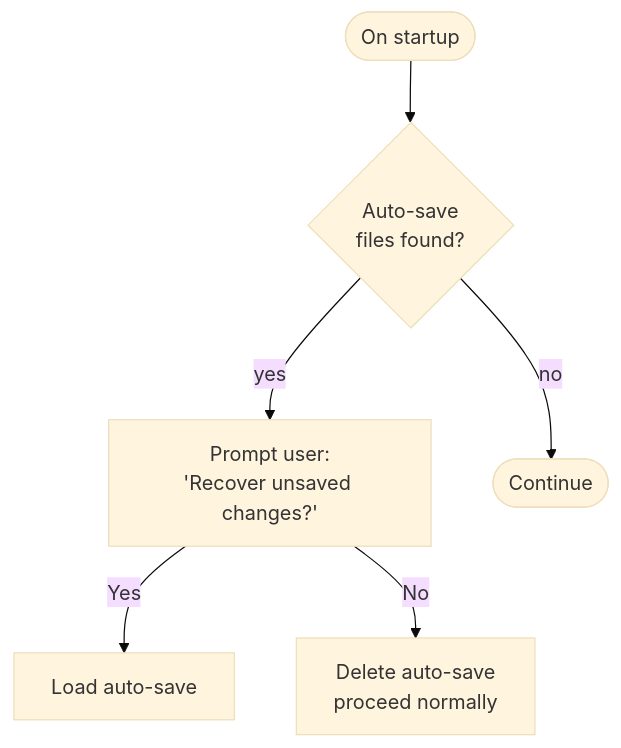
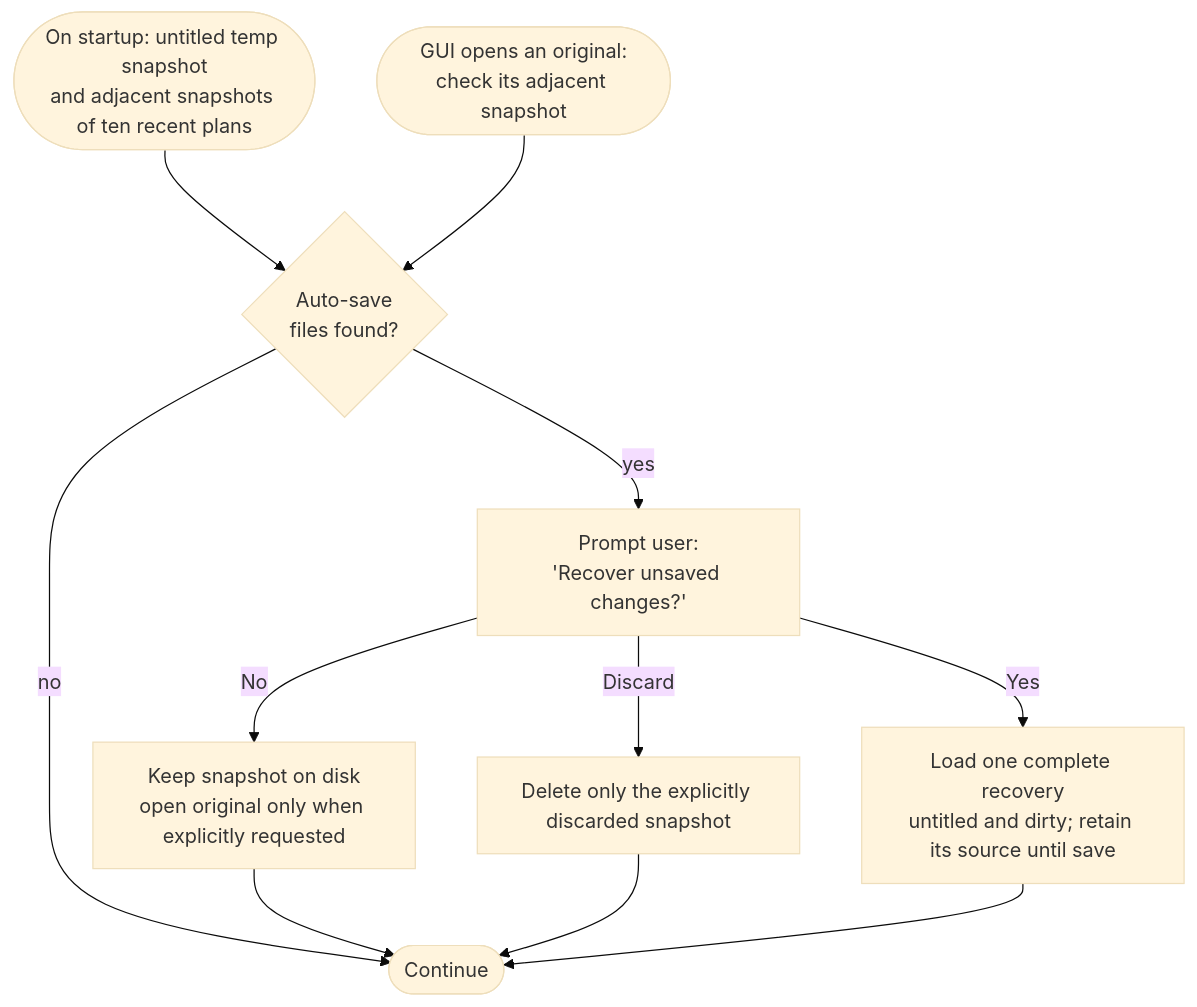
One commit to cofade/open-garden-planner changed diagram 14 of 38 in docs/06-runtime-view/README.md. Above: the diagram before and after it, drawn with Mermaid (base theme). The commit also changed other lines of this file and 18 other files, not shown here.

Commit message:
fix(#797): discover saved-plan recovery and retain owned snapshots

````diff
--- a/docs/06-runtime-view/README.md
+++ b/docs/06-runtime-view/README.md
@@ -389,15 +389,20 @@
 ```mermaid
 flowchart TD
-    Boot([On startup])
+    Boot([On startup: untitled temp snapshot<br/>and adjacent snapshots of ten recent plans])
+    Open([GUI opens an original:<br/>check its adjacent snapshot])
     Check{Auto-save<br/>files found?}
     Prompt["Prompt user:<br/>'Recover unsaved changes?'"]
-    Load[Load auto-save]
-    Del[Delete auto-save<br/>proceed normally]
+    Load[Load one complete recovery<br/>untitled and dirty; retain its source until save]
+    Keep[Keep snapshot on disk<br/>open original only when explicitly requested]
+    Del[Delete only the explicitly discarded snapshot]
     Done([Continue])
 
     Boot --> Check
+    Open --> Check
     Check -->|no| Done
     Check -->|yes| Prompt
     Prompt -->|Yes| Load
-    Prompt -->|No| Del
+    Prompt -->|No| Keep --> Done
+    Prompt -->|Discard| Del --> Done
+    Load --> Done
 ```
````
